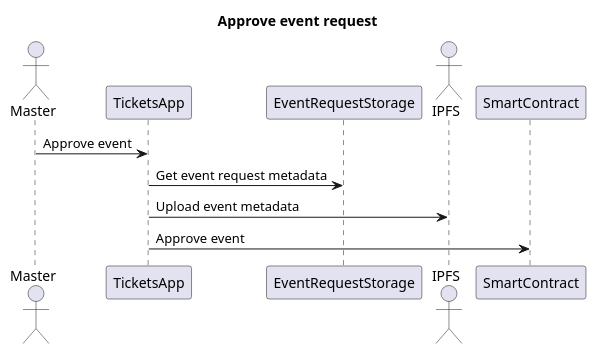
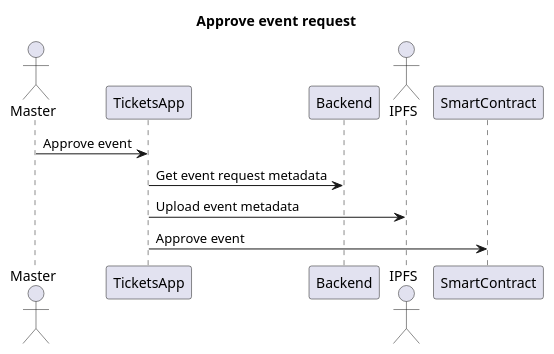
Before and after one commit to ai-shift/cyber-valley-tickets: the eighth of 25 diagrams in README.org, drawn with PlantUML. The commit also changed other lines of this file and 9 other files, not shown here.

```diff
--- a/README.org
+++ b/README.org
@@ -209,14 +210,14 @@
 #+begin_src plantuml :file ./img/approve-event-request.png
 title Approve event request
 
 actor Master
 participant TicketsApp
-participant EventRequestStorage
+participant Backend
 actor IPFS
 participant SmartContract
 
 Master -> TicketsApp: Approve event
-TicketsApp -> EventRequestStorage: Get event request metadata
+TicketsApp -> Backend: Get event request metadata
 TicketsApp -> IPFS: Upload event metadata
 TicketsApp -> SmartContract: Approve event
 #+end_src
```
